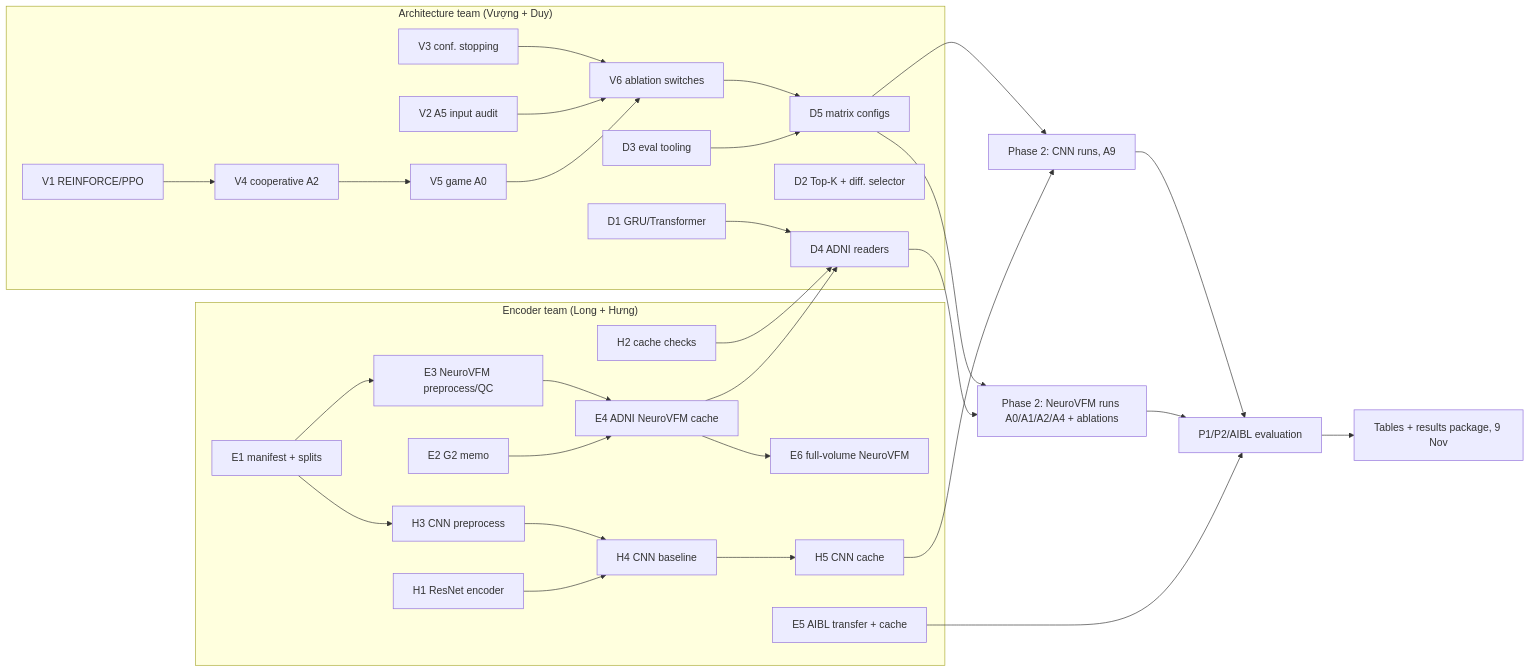
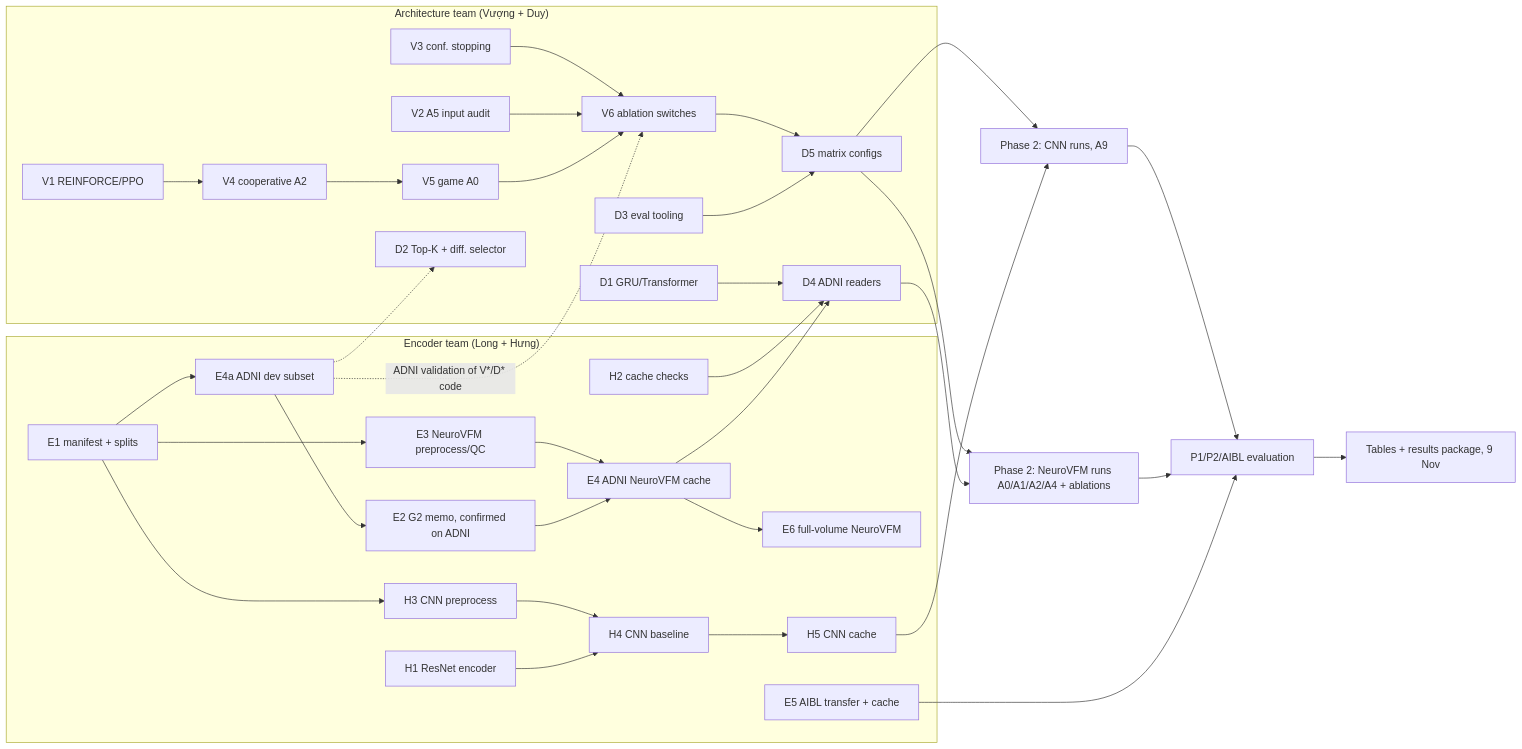
The diagram in docs/Phân-công_v2.md (NeuroVietCH/NeuRL), drawn with Mermaid before and after one commit. The commit also changed other lines of this file, not shown here.

Commit message:
Docs: assignment v2 - ADNI is the main dataset, OASIS for testing only; add ADNI dev subset

````diff
--- a/docs/Phân-công_v2.md
+++ b/docs/Phân-công_v2.md
@@ -92,32 +97,34 @@
 ```mermaid
 flowchart LR
   subgraph ENC["Encoder team (Long + Hưng)"]
     E1[E1 manifest + splits] --> E3[E3 NeuroVFM preprocess/QC]
-    E2[E2 G2 memo] --> E4
+    E1 --> E4a[E4a ADNI dev subset] --> E2[E2 G2 memo, confirmed on ADNI] --> E4
     E3 --> E4[E4 ADNI NeuroVFM cache]
     E4 --> E6[E6 full-volume NeuroVFM]
     E5[E5 AIBL transfer + cache]
     H1[H1 ResNet encoder] --> H4[H4 CNN baseline]
     E1 --> H3[H3 CNN preprocess] --> H4 --> H5[H5 CNN cache]
     H2[H2 cache checks]
   end
   subgraph ARCH["Architecture team (Vượng + Duy)"]
     V1[V1 REINFORCE/PPO] --> V4[V4 cooperative A2] --> V5[V5 game A0] --> V6[V6 ablation switches]
     V2[V2 A5 input audit] --> V6
     V3[V3 conf. stopping] --> V6
     D1[D1 GRU/Transformer] --> D4
     D2[D2 Top-K + diff. selector]
     D3[D3 eval tooling] --> D5[D5 matrix configs]
     V6 --> D5
   end
+  E4a -.ADNI validation of V*/D* code.-> V6
+  E4a -.-> D2
   E4 --> D4[D4 ADNI readers]
   H2 --> D4
   D4 --> T1[Phase 2: NeuroVFM runs A0/A1/A2/A4 + ablations]
   D5 --> T1
   H5 --> T2[Phase 2: CNN runs, A9]
   D5 --> T2
   E5 --> T3[P1/P2/AIBL evaluation]
   T1 --> T3
   T2 --> T3
   T3 --> R[Tables + results package, 9 Nov]
 ```
````
